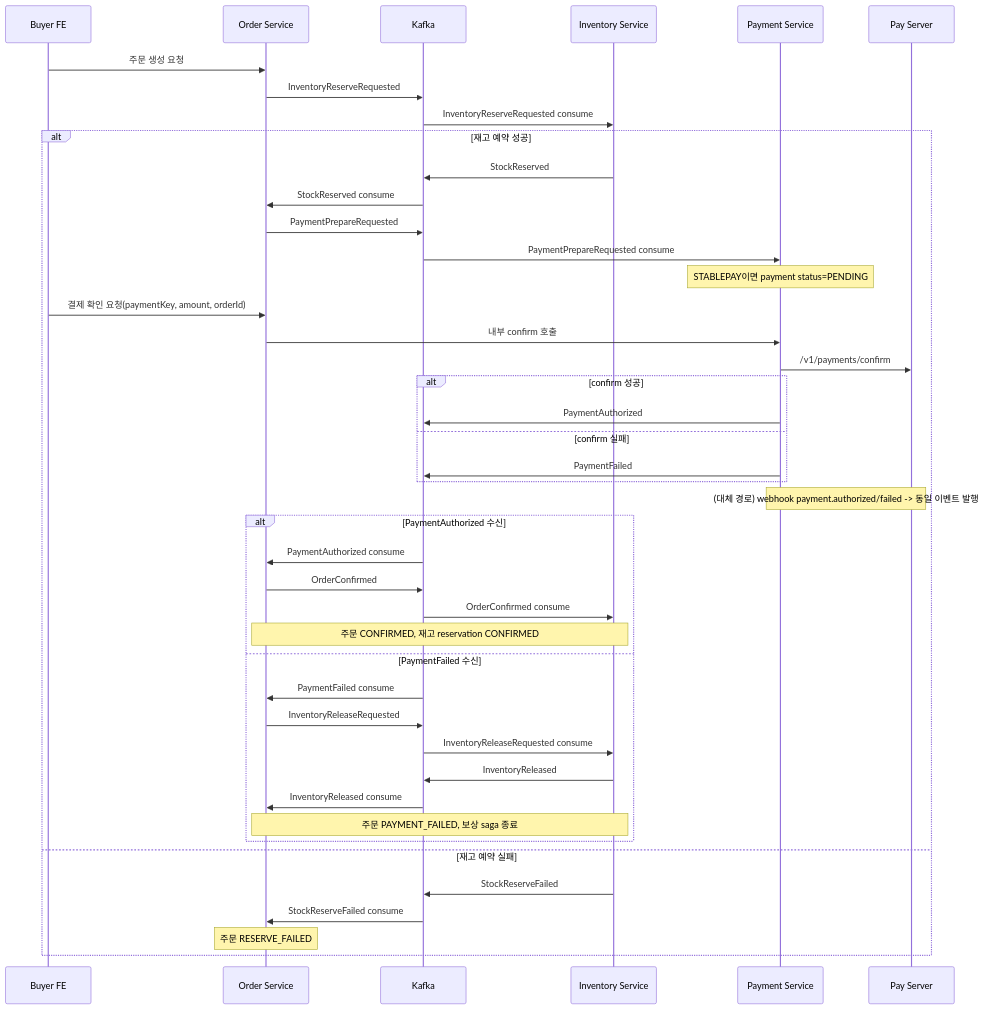
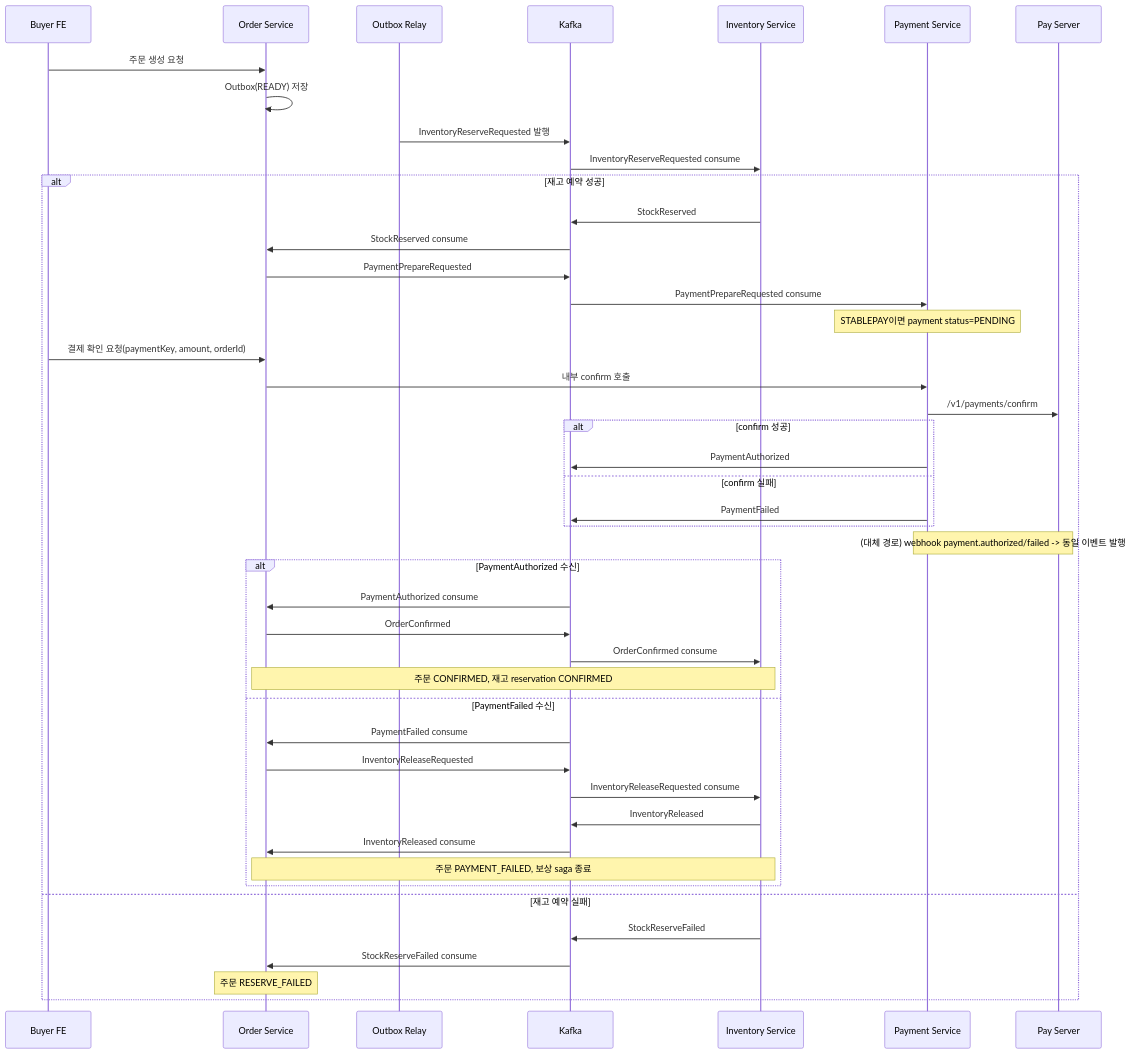
The first of 2 diagrams in docs/planning/order-payment-kafka-flow.md (K-Stable/wearhouse-be), drawn with Mermaid before and after one commit. The commit also changed other lines of this file and 25 other files, not shown here.

````diff
--- a/docs/planning/order-payment-kafka-flow.md
+++ b/docs/planning/order-payment-kafka-flow.md
@@ -102,49 +107,51 @@
 ```mermaid
 sequenceDiagram
     participant B as Buyer FE
     participant O as Order Service
+    participant OR as Outbox Relay
     participant K as Kafka
     participant I as Inventory Service
     participant P as Payment Service
     participant Pay as Pay Server
 
     B->>O: 주문 생성 요청
-    O->>K: InventoryReserveRequested
+    O->>O: Outbox(READY) 저장
+    OR->>K: InventoryReserveRequested 발행
     K->>I: InventoryReserveRequested consume
     alt 재고 예약 성공
         I->>K: StockReserved
         K->>O: StockReserved consume
         O->>K: PaymentPrepareRequested
         K->>P: PaymentPrepareRequested consume
         Note over P: STABLEPAY이면 payment status=PENDING
 
         B->>O: 결제 확인 요청(paymentKey, amount, orderId)
         O->>P: 내부 confirm 호출
         P->>Pay: /v1/payments/confirm
         alt confirm 성공
             P->>K: PaymentAuthorized
         else confirm 실패
             P->>K: PaymentFailed
         end
 
         Note over Pay,P: (대체 경로) webhook payment.authorized/failed -> 동일 이벤트 발행
 
         alt PaymentAuthorized 수신
             K->>O: PaymentAuthorized consume
             O->>K: OrderConfirmed
             K->>I: OrderConfirmed consume
             Note over O,I: 주문 CONFIRMED, 재고 reservation CONFIRMED
         else PaymentFailed 수신
             K->>O: PaymentFailed consume
             O->>K: InventoryReleaseRequested
             K->>I: InventoryReleaseRequested consume
             I->>K: InventoryReleased
             K->>O: InventoryReleased consume
             Note over O,I: 주문 PAYMENT_FAILED, 보상 saga 종료
         end
     else 재고 예약 실패
         I->>K: StockReserveFailed
         K->>O: StockReserveFailed consume
         Note over O: 주문 RESERVE_FAILED
     end
 ```
````
